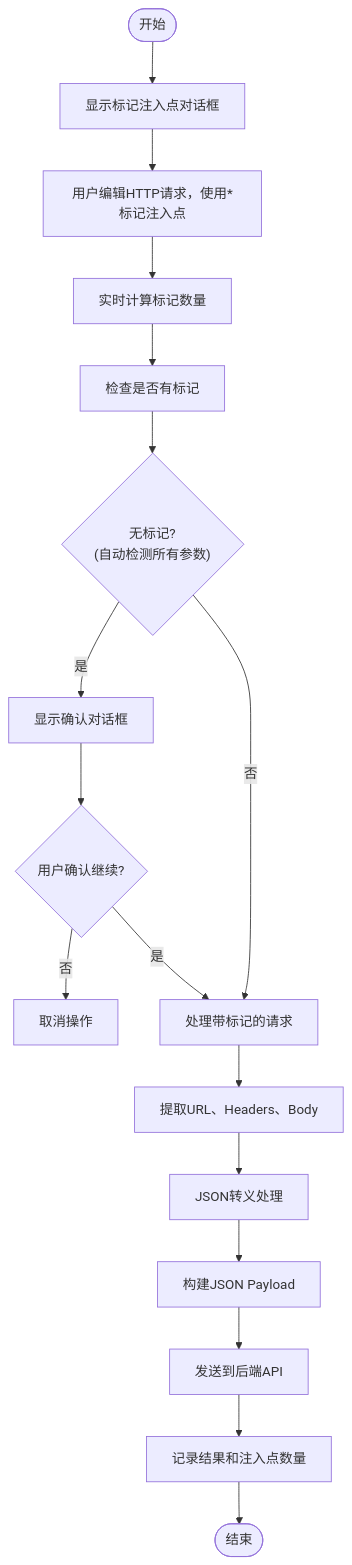
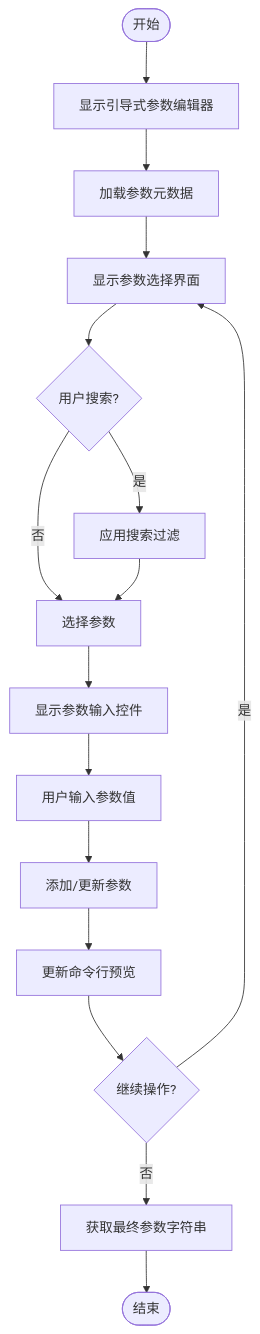
Before and after one commit to GitHubNull/sqlmapWebUI: the ninth of 10 diagrams in .qoder/repowiki/zh/content/外部系统集成/Burp Suite插件集成.md, drawn with Mermaid. The commit also changed other lines of this file and 9 other files, not shown here.

First line of the commit message:
docs(architecture): 添加引导式参数编辑器、扫描配置解析器和预设配置管理文档

````diff
--- a/.qoder/repowiki/zh/content/外部系统集成/Burp Suite插件集成.md
+++ b/.qoder/repowiki/zh/content/外部系统集成/Burp Suite插件集成.md
@@ -241,19 +316,18 @@
 ```mermaid
 flowchart TD
-Start([开始]) --> ShowDialog["显示标记注入点对话框"]
-ShowDialog --> EditRequest["用户编辑HTTP请求，使用*标记注入点"]
-EditRequest --> CountMarks["实时计算标记数量"]
-CountMarks --> CheckMarks["检查是否有标记"]
-CheckMarks --> ConfirmNoMark{"无标记?\n(自动检测所有参数)"}
-ConfirmNoMark -- 是 --> ShowConfirm["显示确认对话框"]
-ShowConfirm --> UserConfirm{"用户确认继续?"}
-UserConfirm -- 否 --> Cancel["取消操作"]
-UserConfirm -- 是 --> ProcessRequest["处理带标记的请求"]
-ConfirmNoMark -- 否 --> ProcessRequest
-ProcessRequest --> ExtractData["提取URL、Headers、Body"]
-ExtractData --> EscapeJson["JSON转义处理"]
-EscapeJson --> BuildPayload["构建JSON Payload"]
-BuildPayload --> SendRequest["发送到后端API"]
-SendRequest --> LogResult["记录结果和注入点数量"]
-LogResult --> End([结束])
+Start([开始]) --> ShowEditor["显示引导式参数编辑器"]
+ShowEditor --> LoadParams["加载参数元数据"]
+LoadParams --> DisplayUI["显示参数选择界面"]
+DisplayUI --> UserSearch{"用户搜索?"}
+UserSearch -- 是 --> ApplySearch["应用搜索过滤"]
+UserSearch -- 否 --> SelectParam["选择参数"]
+ApplySearch --> SelectParam
+SelectParam --> ShowInput["显示参数输入控件"]
+ShowInput --> UserInput["用户输入参数值"]
+UserInput --> AddParam["添加/更新参数"]
+AddParam --> UpdatePreview["更新命令行预览"]
+UpdatePreview --> UserAction{"继续操作?"}
+UserAction -- 是 --> DisplayUI
+UserAction -- 否 --> GetResult["获取最终参数字符串"]
+GetResult --> End([结束])
 ```
````
